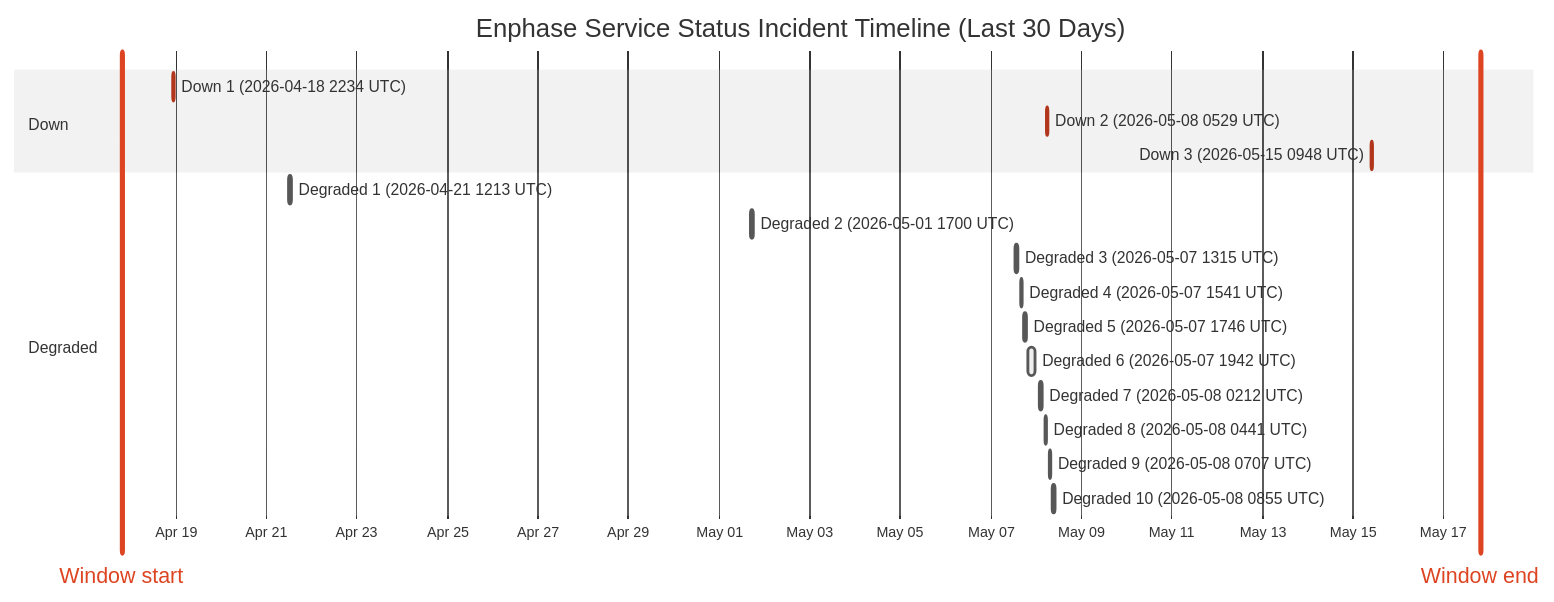
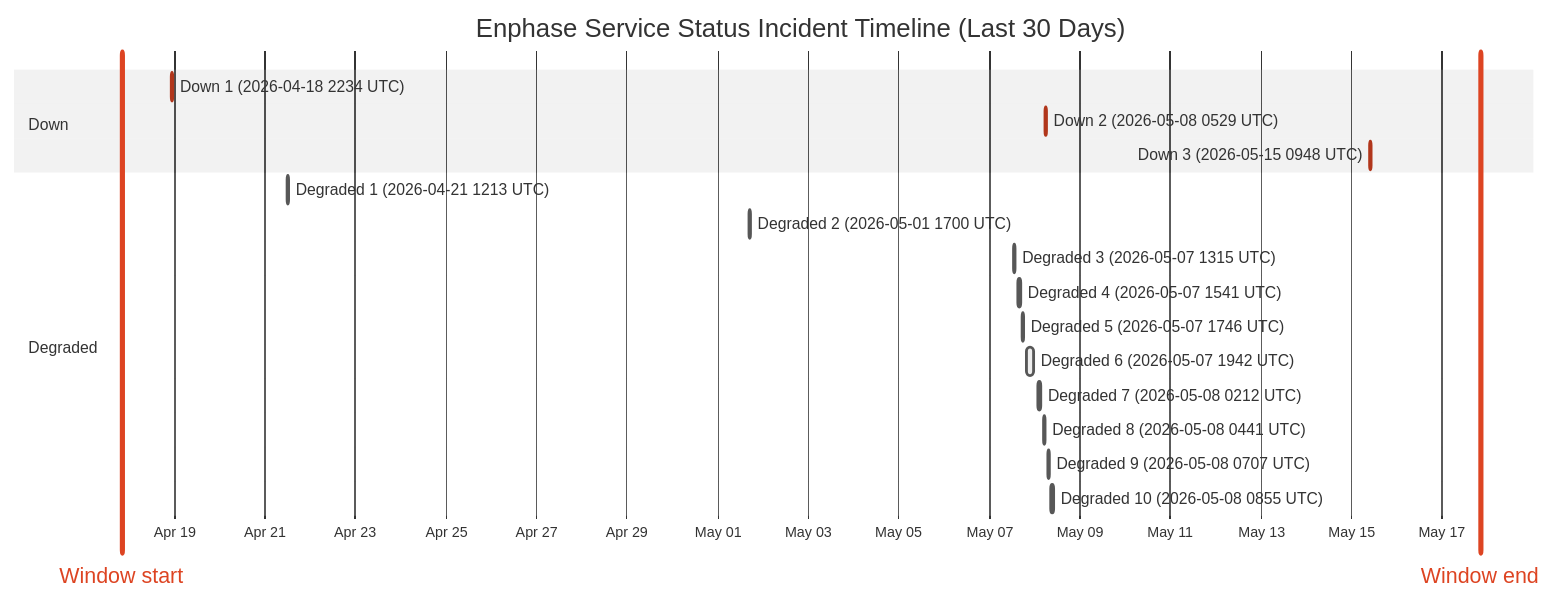
Before and after one commit to barneyonline/ha-enphase-ev-charger: the diagram in wiki/Service-Status-History.md, drawn with Mermaid (neutral theme). The commit also changed other lines of this file and 3 other files, not shown here.

````diff
--- a/wiki/Service-Status-History.md
+++ b/wiki/Service-Status-History.md
@@ -14,23 +14,23 @@
 ```mermaid
 gantt
     title Enphase Service Status Incident Timeline (Last 30 Days)
     dateFormat  YYYY-MM-DDTHH:mm:ss
     axisFormat  %b %d
-    Window start :vert, window-start, 2026-04-17T19:20:00, 0ms
-    Window end :vert, window-end, 2026-05-17T19:20:00, 0ms
+    Window start :vert, window-start, 2026-04-17T20:12:08, 0ms
+    Window end :vert, window-end, 2026-05-17T20:12:08, 0ms
     section Down
     Down 1 (2026-04-18 2234 UTC) :crit, down-1, 2026-04-18T22:34:13, 60m
     Down 2 (2026-05-08 0529 UTC) :crit, down-2, 2026-05-08T05:29:47, 60m
     Down 3 (2026-05-15 0948 UTC) :crit, down-3, 2026-05-15T09:48:18, 60m
     section Degraded
     Degraded 1 (2026-04-21 1213 UTC) :active, degraded-1, 2026-04-21T12:13:11, 60m
     Degraded 2 (2026-05-01 1700 UTC) :active, degraded-2, 2026-05-01T17:00:22, 60m
     Degraded 3 (2026-05-07 1315 UTC) :active, degraded-3, 2026-05-07T13:15:25, 60m
     Degraded 4 (2026-05-07 1541 UTC) :active, degraded-4, 2026-05-07T15:41:58, 60m
     Degraded 5 (2026-05-07 1746 UTC) :active, degraded-5, 2026-05-07T17:46:51, 60m
     Degraded 6 (2026-05-07 1942 UTC) :active, degraded-6, 2026-05-07T19:42:10, 249m
     Degraded 7 (2026-05-08 0212 UTC) :active, degraded-7, 2026-05-08T02:12:39, 60m
     Degraded 8 (2026-05-08 0441 UTC) :active, degraded-8, 2026-05-08T04:41:46, 60m
     Degraded 9 (2026-05-08 0707 UTC) :active, degraded-9, 2026-05-08T07:07:30, 60m
     Degraded 10 (2026-05-08 0855 UTC) :active, degraded-10, 2026-05-08T08:55:20, 88m
 ```
````
